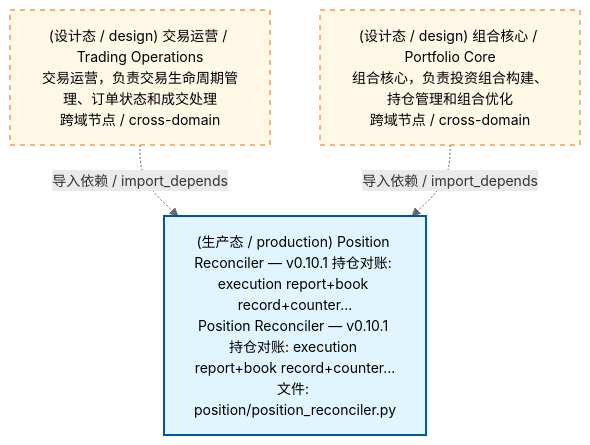
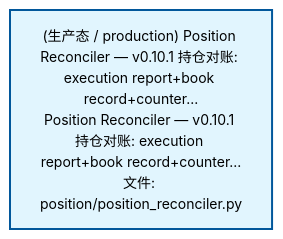
Before and after one commit to xuanFelixVan/ZephyrAlpha: the first of 2 diagrams in docs/02_enterprise_architecture/02_domain_architecture_docs/64_d_position.md, drawn with Mermaid. The commit also changed other lines of this file and 88 other files, not shown here.

````diff
--- a/docs/02_enterprise_architecture/02_domain_architecture_docs/64_d_position.md
+++ b/docs/02_enterprise_architecture/02_domain_architecture_docs/64_d_position.md
@@ -101,15 +53,10 @@
 ```mermaid
 %%{init: {'theme': 'base', 'themeVariables': {'primaryColor': '#eaeaea', 'primaryTextColor': '#333333', 'primaryBorderColor': '#666666', 'lineColor': '#666666', 'secondaryColor': '#eaeaea', 'tertiaryColor': '#eaeaea', 'fontSize': '14px'}}}%%
 flowchart TD
     src_zephyr_position_position_reconciler_py["(生产态 / production) Position Reconciler — v0.10.1 持仓对账: execution report+book record+counter...<br/>Position Reconciler — v0.10.1 持仓对账: execution report+book record+counter...<br/>文件: position/position_reconciler.py"]
-    D_TRADING["(设计态 / design) 交易运营 / Trading Operations<br/>交易运营，负责交易生命周期管理、订单状态和成交处理<br/>跨域节点 / cross-domain"]
-    D_TRADING -.->|导入依赖 / import_depends| src_zephyr_position_position_reconciler_py
-    D_PF_CORE["(设计态 / design) 组合核心 / Portfolio Core<br/>组合核心，负责投资组合构建、持仓管理和组合优化<br/>跨域节点 / cross-domain"]
-    D_PF_CORE -.->|导入依赖 / import_depends| src_zephyr_position_position_reconciler_py
     classDef production fill:#e1f5fe,stroke:#01579b,stroke-width:2px,color:#000
     classDef design fill:#fff3e0,stroke:#e65100,stroke-width:2px,color:#000,stroke-dasharray: 5 5
     classDef external_prod fill:#e8f4fd,stroke:#0277bd,stroke-width:1px,color:#000
     classDef external_design fill:#fff8e7,stroke:#ef6c00,stroke-width:1px,color:#000,stroke-dasharray: 5 5
     class src_zephyr_position_position_reconciler_py production
-    class D_TRADING,D_PF_CORE external_design
 ```
````
